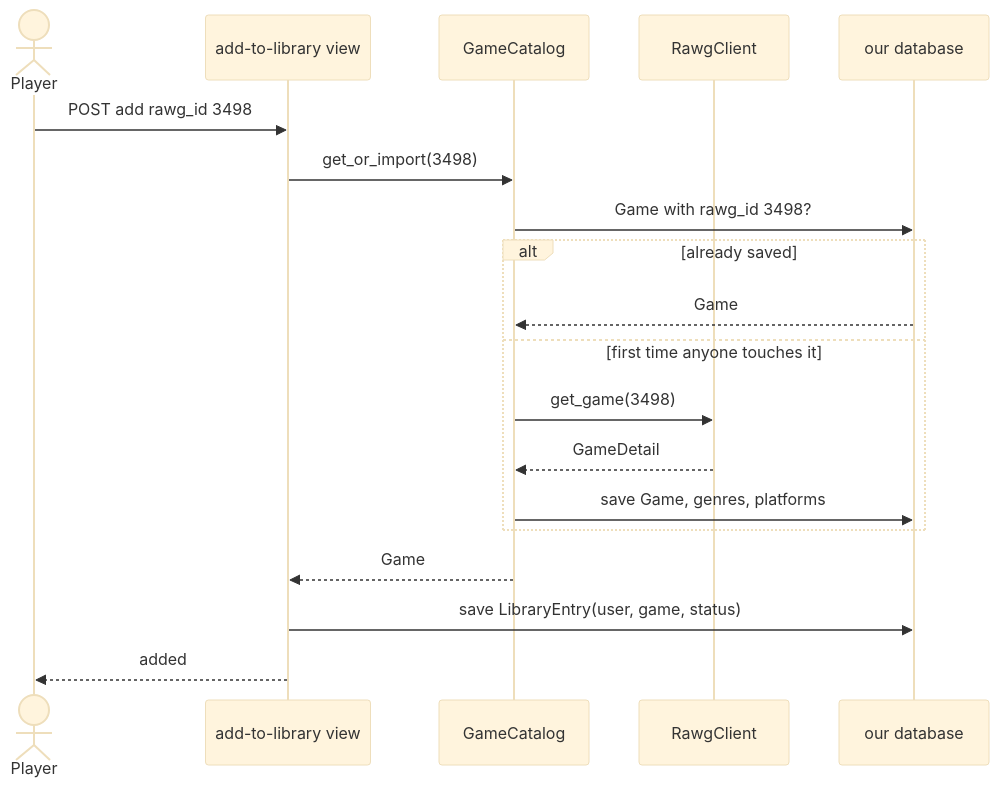
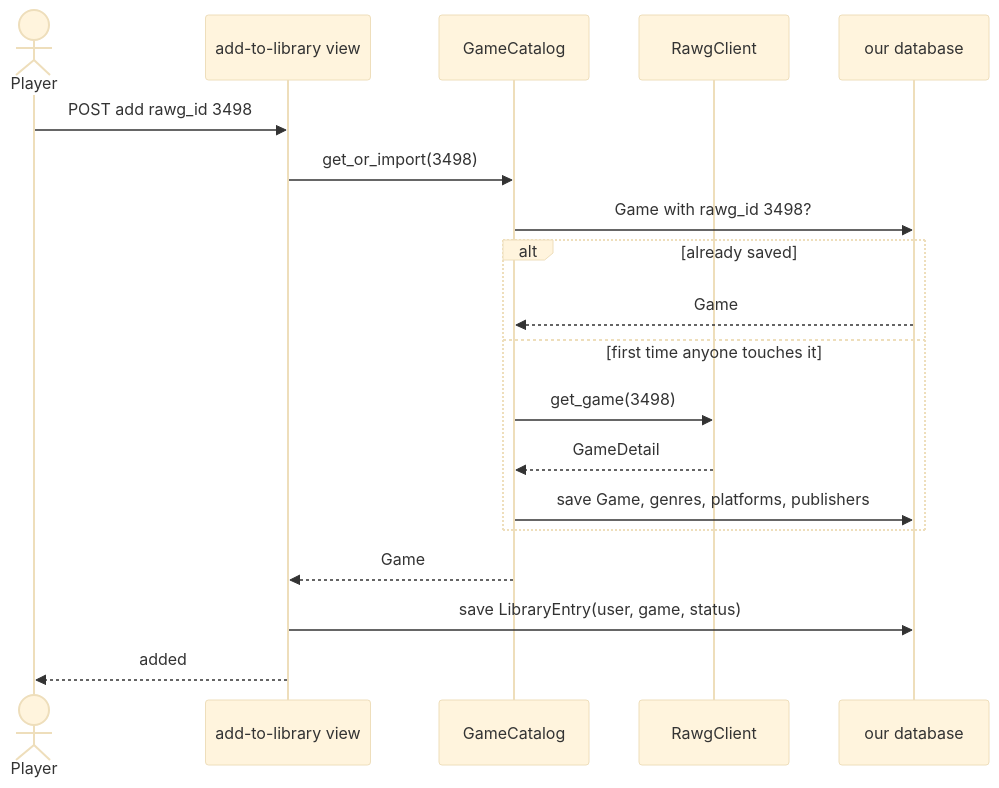
One commit to CS4300-CS5300-FA26/team-5 changed the fourth of 4 diagrams in docs/design/game-catalog.md. Above: the diagram before and after it, drawn with Mermaid (base theme). The commit also changed other lines of this file, not shown here.

First line of the commit message:
Scope the game catalog design to Sprint 1 search and saving

````diff
--- a/docs/design/game-catalog.md
+++ b/docs/design/game-catalog.md
@@ -175,21 +198,21 @@
 ```mermaid
 sequenceDiagram
   actor P as Player
   participant V as add-to-library view
   participant G as GameCatalog
   participant C as RawgClient
   participant D as our database
   P->>V: POST add rawg_id 3498
   V->>G: get_or_import(3498)
   G->>D: Game with rawg_id 3498?
   alt already saved
     D-->>G: Game
   else first time anyone touches it
     G->>C: get_game(3498)
     C-->>G: GameDetail
-    G->>D: save Game, genres, platforms
+    G->>D: save Game, genres, platforms, publishers
   end
   G-->>V: Game
   V->>D: save LibraryEntry(user, game, status)
   V-->>P: added
 ```
````
